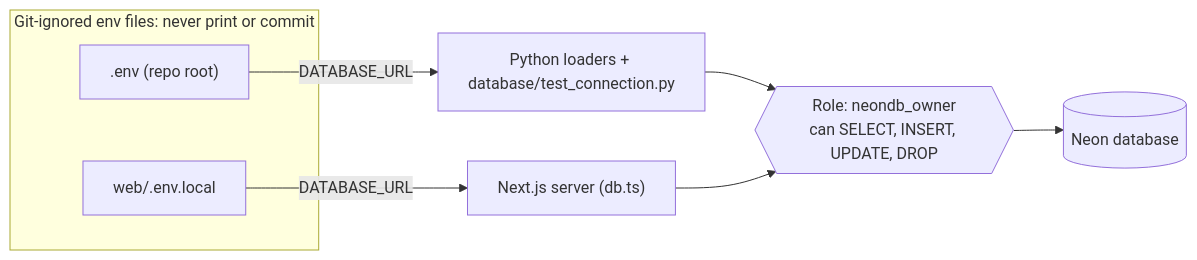
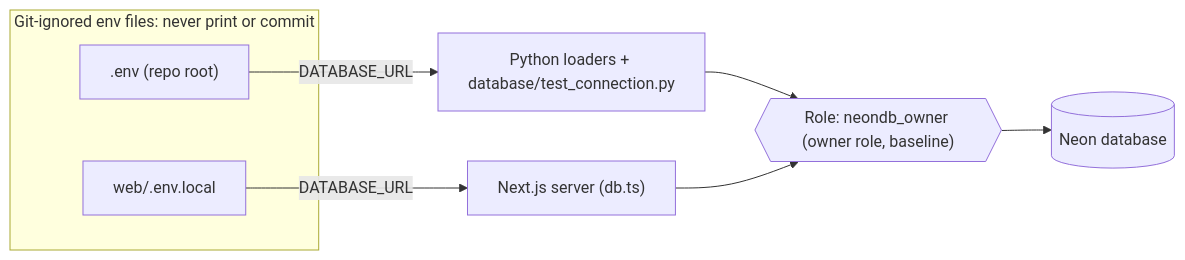
One commit to adrianfarhat/orlando-infrastructure-etl changed the second of 5 diagrams in docs/architecture/system-architecture.md. Above: the diagram before and after it, drawn with Mermaid. The commit also changed other lines of this file and 3 other files, not shown here.

````diff
--- a/docs/architecture/system-architecture.md
+++ b/docs/architecture/system-architecture.md
@@ -69,13 +69,13 @@
 ```mermaid
 flowchart LR
   subgraph SECRETS["Git-ignored env files: never print or commit"]
     E1[".env (repo root)"]
     E2["web/.env.local"]
   end
-  ROLE{{"Role: neondb_owner<br/>can SELECT, INSERT, UPDATE, DROP"}}
+  ROLE{{"Role: neondb_owner (owner role, baseline)"}}
   E1 -->|"DATABASE_URL"| ETL["Python loaders + database/test_connection.py"]
   E2 -->|"DATABASE_URL"| APP["Next.js server (db.ts)"]
   ETL --> ROLE
   APP --> ROLE
   ROLE --> NEON[("Neon database")]
 ```
````
